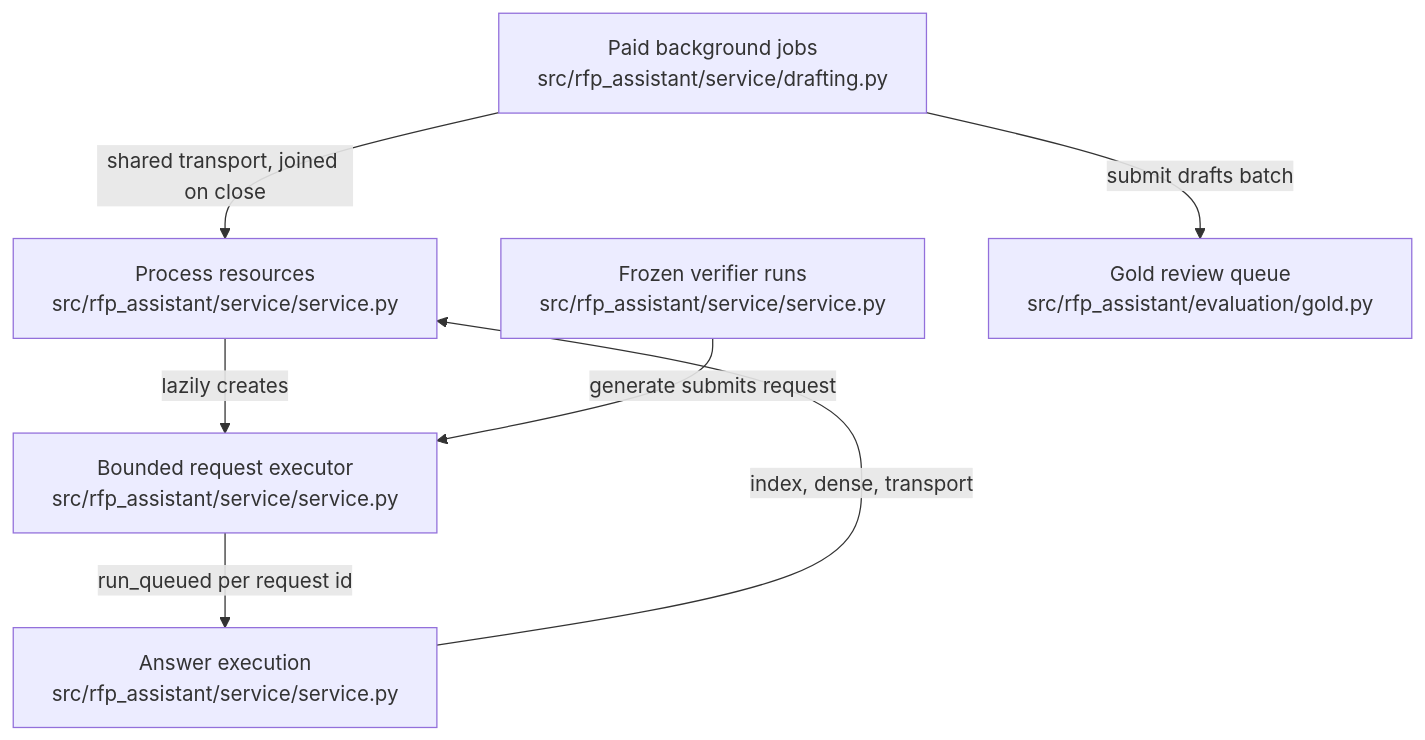
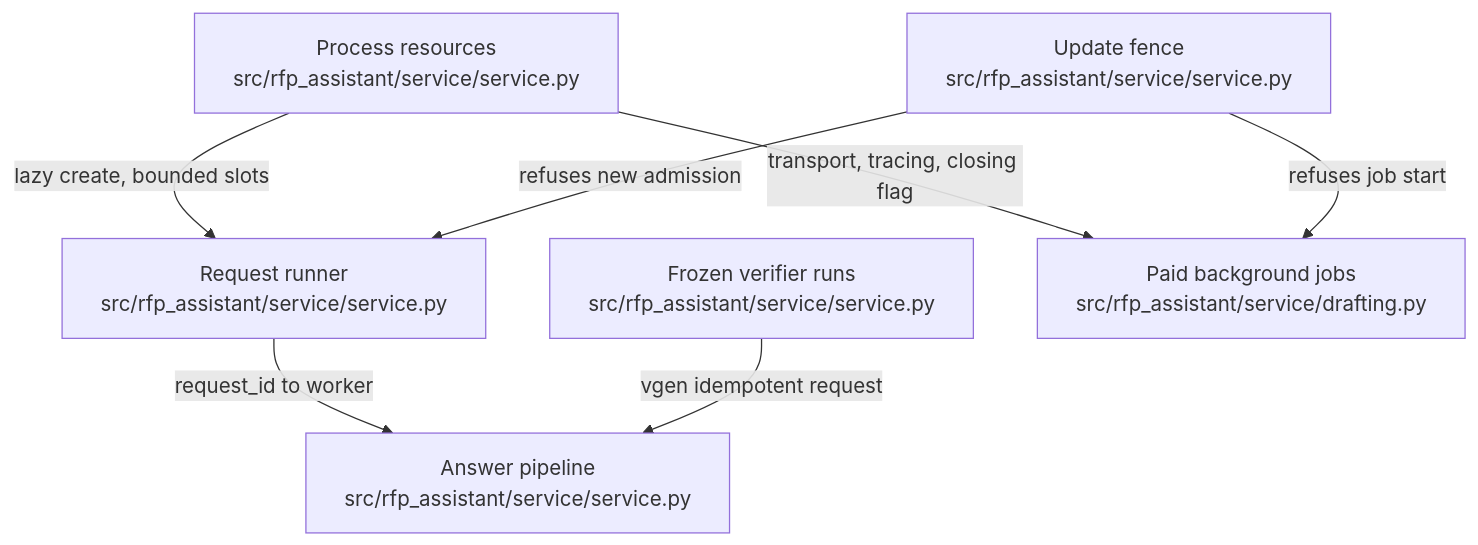
One commit to littleeeeebit/project-codeit-mid changed the diagram in .omm/overall-architecture/service-core/diagram.mmd. Above: the diagram before and after it, drawn with Mermaid. The commit also changed 346 other files, not shown here.

Commit message:
Refresh wiki and architecture before merge

```diff
--- a/.omm/overall-architecture/service-core/diagram.mmd
+++ b/.omm/overall-architecture/service-core/diagram.mmd
@@ -1,13 +1,7 @@
 graph TD
-  resources["Process resources\nsrc/rfp_assistant/service/service.py"]
-  request-runner["Bounded request executor\nsrc/rfp_assistant/service/service.py"]
-  answer-pipeline["Answer execution\nsrc/rfp_assistant/service/service.py"]
-  verifier-runs["Frozen verifier runs\nsrc/rfp_assistant/service/service.py"]
-  background-jobs["Paid background jobs\nsrc/rfp_assistant/service/drafting.py"]
-  gold-review["Gold review queue\nsrc/rfp_assistant/evaluation/gold.py"]
-  resources -->|lazily creates| request-runner
-  request-runner -->|run_queued per request id| answer-pipeline
-  answer-pipeline -->|index, dense, transport| resources
-  verifier-runs -->|generate submits request| request-runner
-  background-jobs -->|shared transport, joined on close| resources
-  background-jobs -->|submit drafts batch| gold-review
+  resources["Process resources\nsrc/rfp_assistant/service/service.py"] -->|"lazy create, bounded slots"| request-runner["Request runner\nsrc/rfp_assistant/service/service.py"]
+  request-runner -->|"request_id to worker"| answer-pipeline["Answer pipeline\nsrc/rfp_assistant/service/service.py"]
+  verifier-runs["Frozen verifier runs\nsrc/rfp_assistant/service/service.py"] -->|"vgen idempotent request"| answer-pipeline
+  resources -->|"transport, tracing, closing flag"| background-jobs["Paid background jobs\nsrc/rfp_assistant/service/drafting.py"]
+  update-fence["Update fence\nsrc/rfp_assistant/service/service.py"] -->|"refuses new admission"| request-runner
+  update-fence -->|"refuses job start"| background-jobs
```
